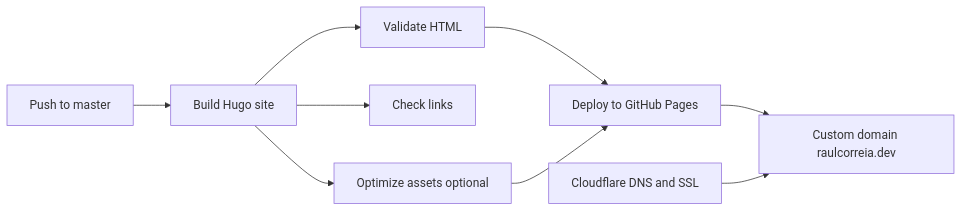
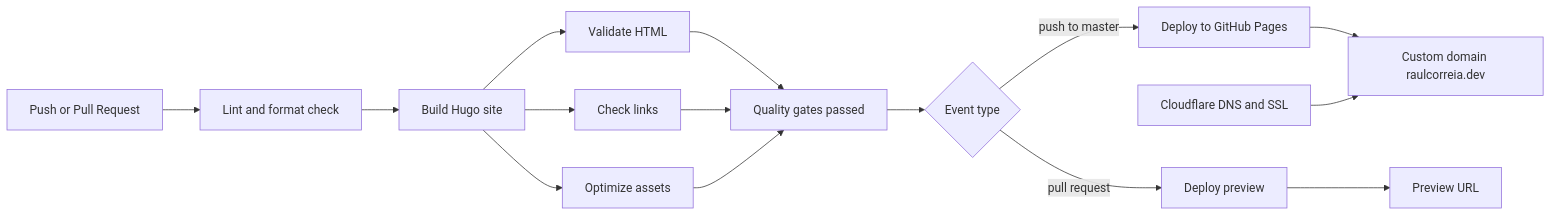
The second of 2 diagrams in content/posts/revamping-my-blog/index.md (raulcorreia7/blog), drawn with Mermaid before and after one commit. The commit also changed other lines of this file and 6 other files, not shown here.

```diff
--- a/content/posts/revamping-my-blog/index.md
+++ b/content/posts/revamping-my-blog/index.md
@@ -47,11 +47,20 @@
 {{< mermaid >}}
 flowchart LR
-A[Push to master] --> B[Build Hugo site]
-B --> C[Validate HTML]
-B --> D[Check links]
-B --> E[Optimize assets optional]
-C --> F[Deploy to GitHub Pages]
-E --> F
-F --> G[Custom domain raulcorreia.dev]
-H[Cloudflare DNS and SSL] --> G
+A[Push or Pull Request] --> B[Lint and format check]
+B --> C[Build Hugo site]
+C --> D[Validate HTML]
+C --> E[Check links]
+C --> F[Optimize assets]
+
+D --> G[Quality gates passed]
+E --> G
+F --> G
+
+G --> H{Event type}
+H -->|push to master| I[Deploy to GitHub Pages]
+H -->|pull request| J[Deploy preview]
+
+I --> K[Custom domain raulcorreia.dev]
+L[Cloudflare DNS and SSL] --> K
+J --> M[Preview URL]
 {{< /mermaid >}}
```
